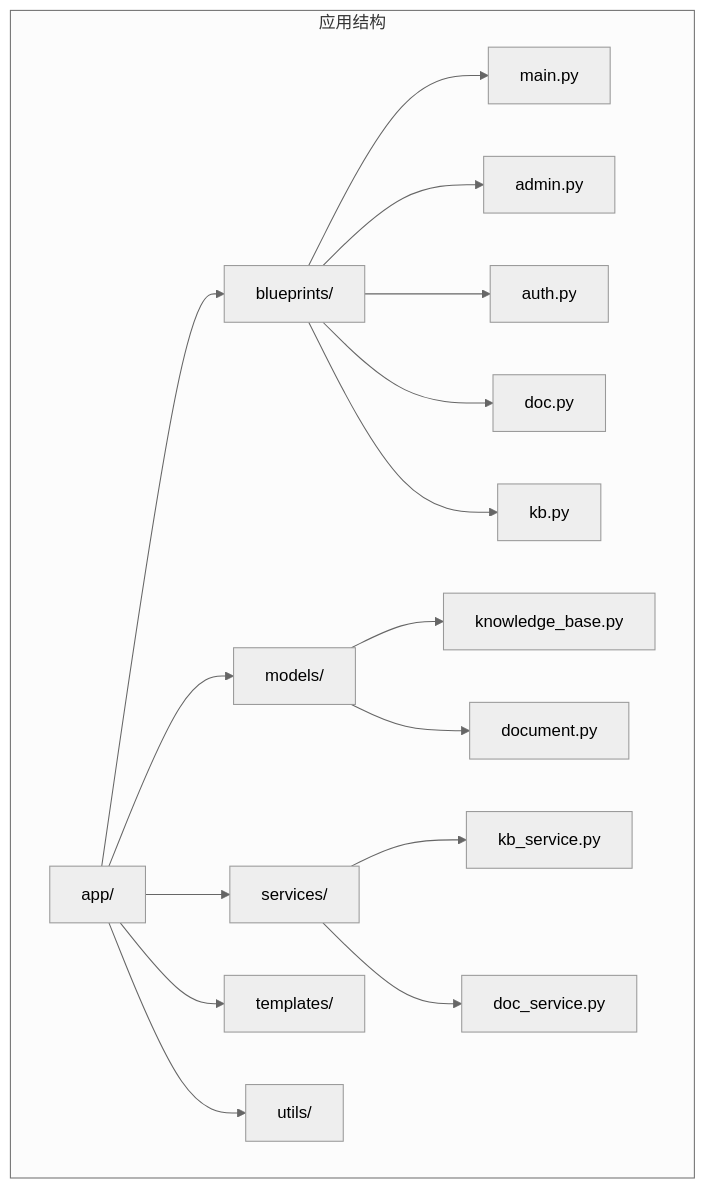
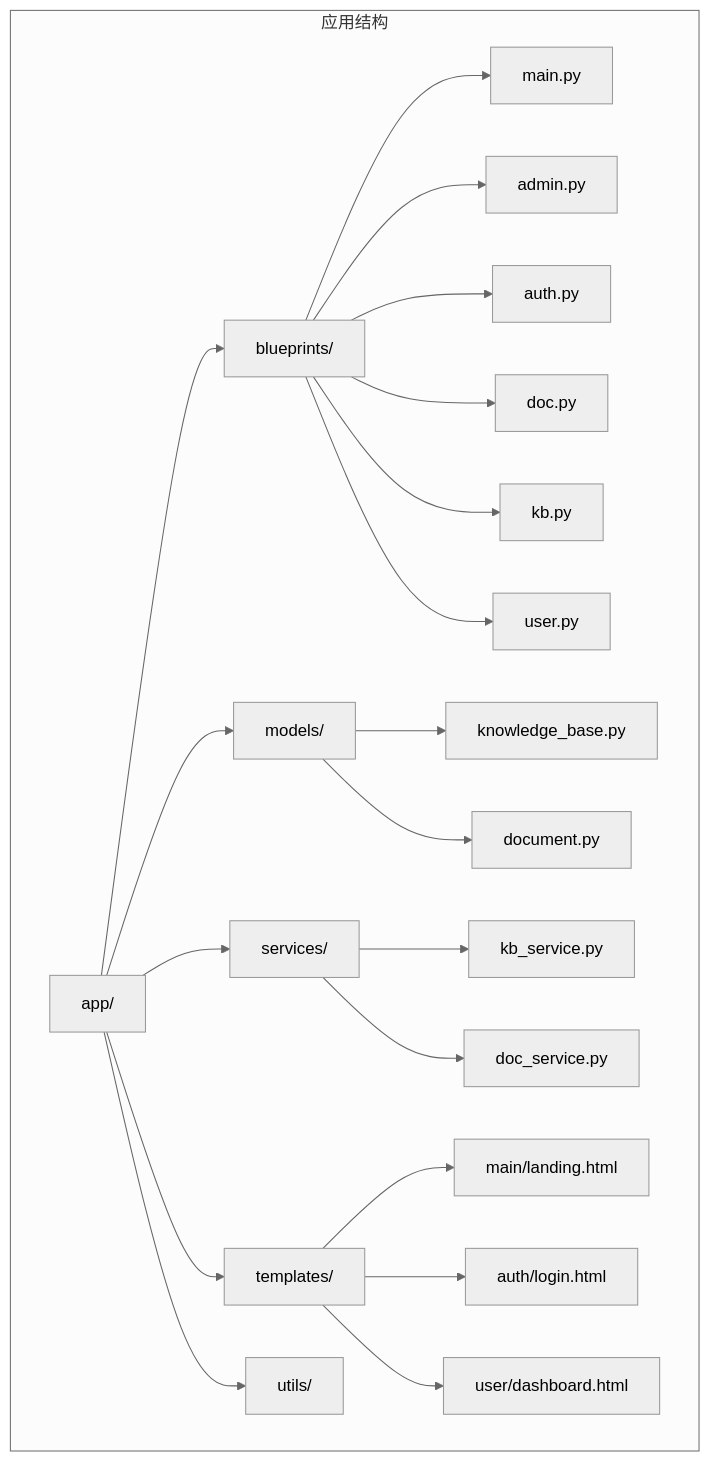
The first of 7 diagrams in .qoder/repowiki/zh/content/架构设计/蓝图系统设计/主页蓝图 (Main Blueprint).md (beyondalbert/my_wiki), drawn with Mermaid (neutral theme) before and after one commit. The commit also changed other lines of this file and 5 other files, not shown here.

````diff
--- a/.qoder/repowiki/zh/content/架构设计/蓝图系统设计/主页蓝图 (Main Blueprint).md
+++ b/.qoder/repowiki/zh/content/架构设计/蓝图系统设计/主页蓝图 (Main Blueprint).md
@@ -39,19 +48,23 @@
 ```mermaid
 graph TB
 subgraph "应用结构"
 A[app/] --> B[blueprints/]
 A --> C[models/]
 A --> D[services/]
 A --> E[templates/]
 A --> F[utils/]
 B --> G[main.py]
 B --> H[admin.py]
 B --> I[auth.py]
 B --> J[doc.py]
 B --> K[kb.py]
-C --> L[knowledge_base.py]
-C --> M[document.py]
-D --> N[kb_service.py]
-D --> O[doc_service.py]
+B --> L[user.py]
+C --> M[knowledge_base.py]
+C --> N[document.py]
+D --> O[kb_service.py]
+D --> P[doc_service.py]
+E --> Q[main/landing.html]
+E --> R[auth/login.html]
+E --> S[user/dashboard.html]
 end
 ```
````
